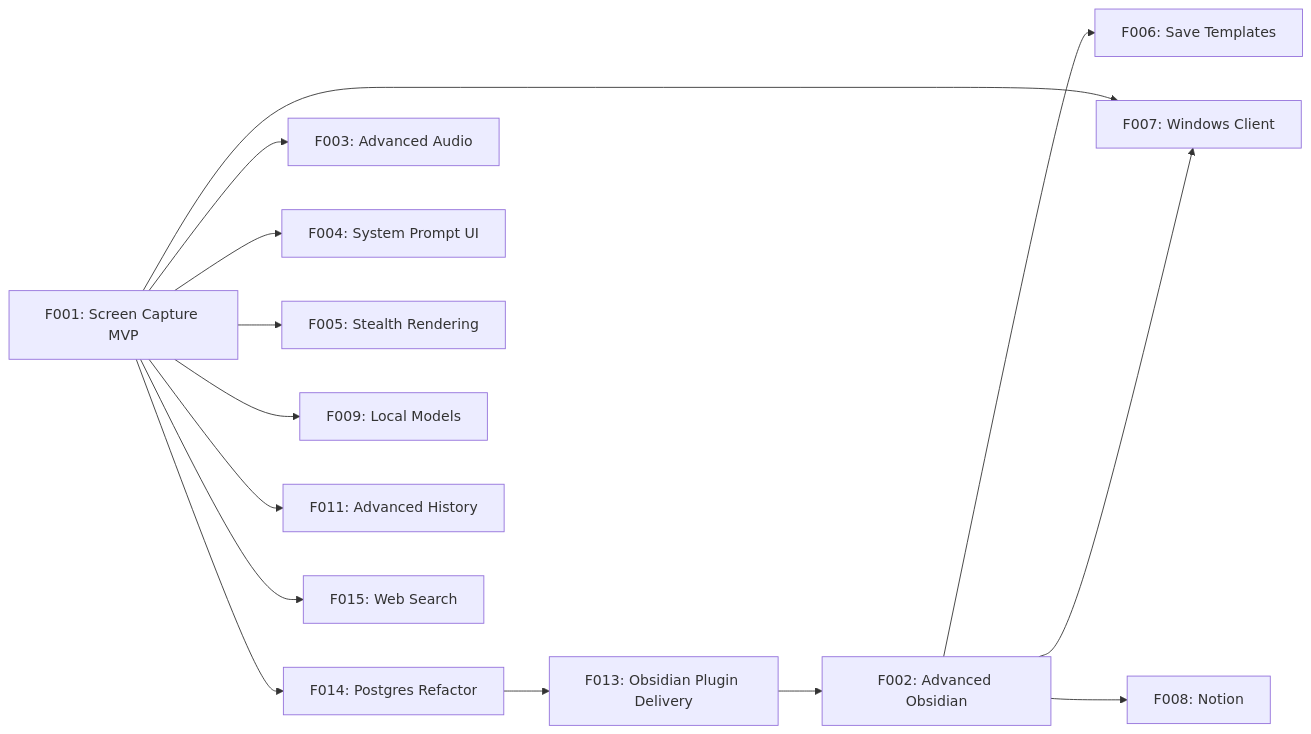
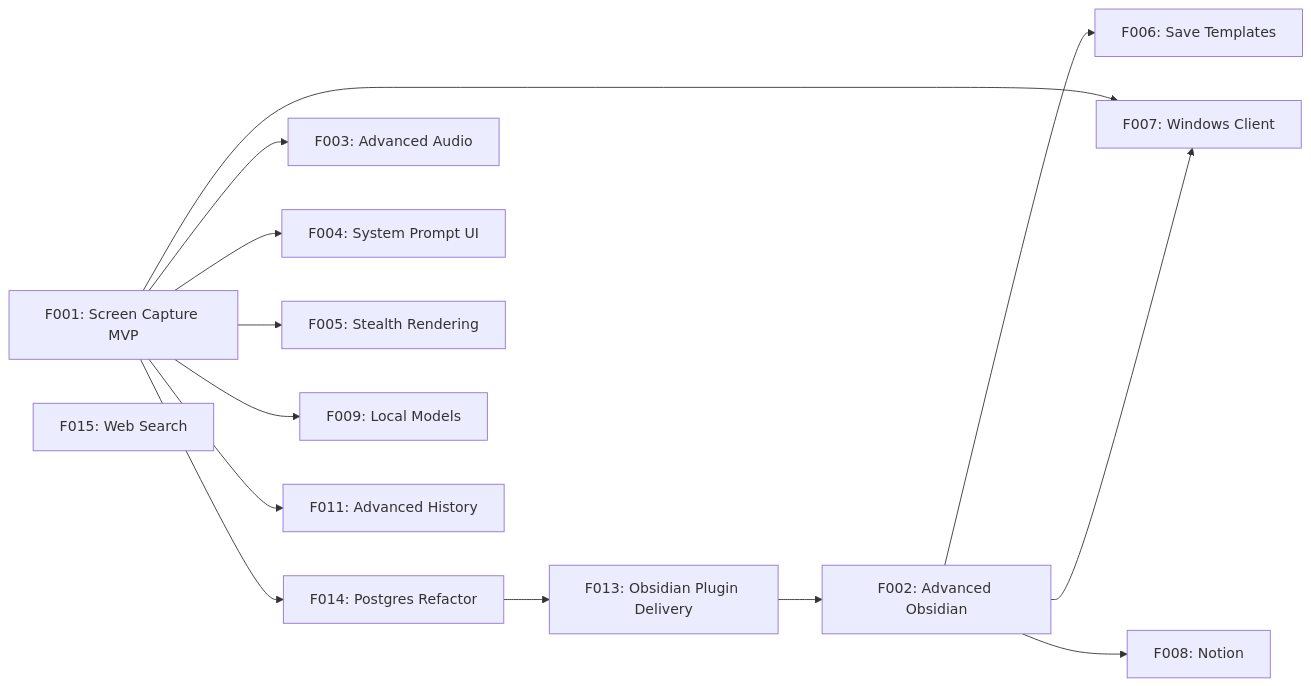
The diagram in BOARD.md (bgabrielma/gotit), drawn with Mermaid before and after one commit. The commit also changed other lines of this file and 2 other files, not shown here.

Commit message:
docs: unblock f015 web search implementation

````diff
--- a/BOARD.md
+++ b/BOARD.md
@@ -71,16 +71,16 @@
 ```mermaid
 graph LR
     F001[F001: Screen Capture MVP] --> F014[F014: Postgres Refactor]
     F014 --> F013[F013: Obsidian Plugin Delivery]
     F013 --> F002[F002: Advanced Obsidian]
     F001 --> F003[F003: Advanced Audio]
     F001 --> F004[F004: System Prompt UI]
     F001 --> F005[F005: Stealth Rendering]
     F002 --> F006[F006: Save Templates]
     F001 --> F007[F007: Windows Client]
     F002 --> F007
     F002 --> F008[F008: Notion]
     F001 --> F009[F009: Local Models]
     F001 --> F011[F011: Advanced History]
-    F001 --> F015[F015: Web Search]
+    F015[F015: Web Search]
 ```
````
